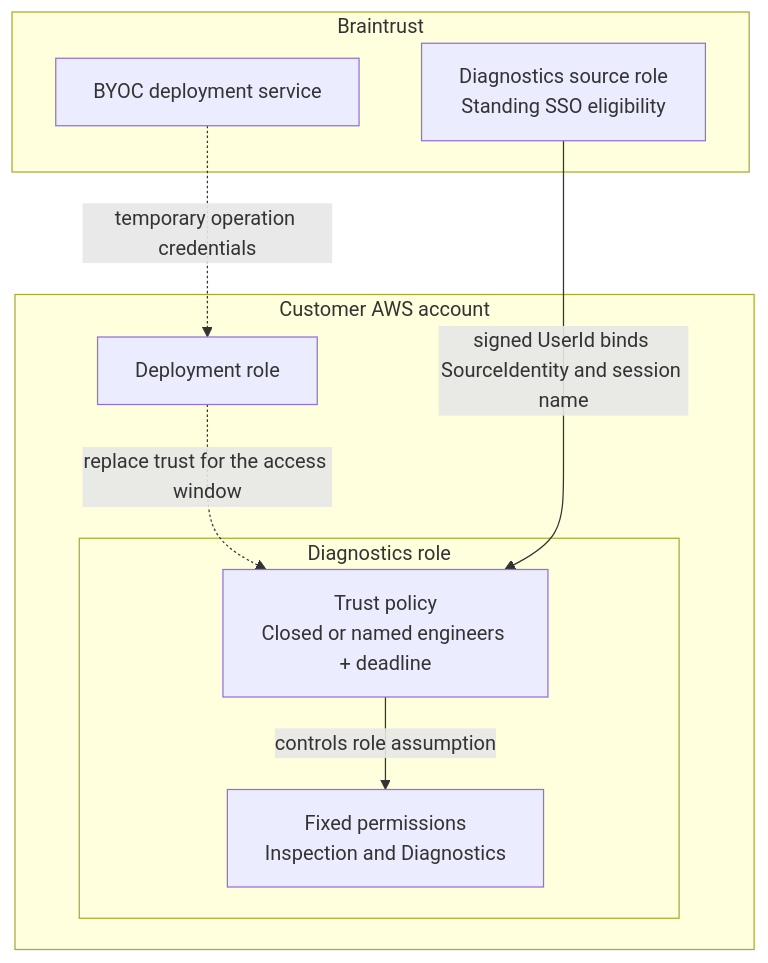
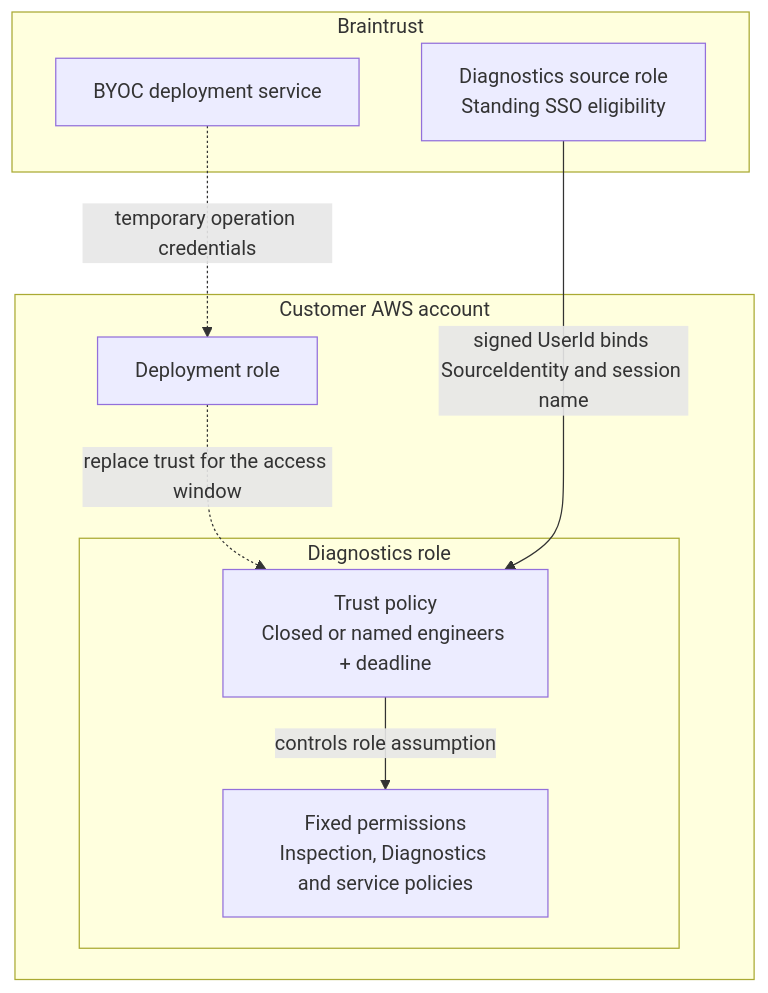
The diagram in managed-byoc-v2/diagnostics.md (braintrustdata/terraform-aws-braintrust-data-plane), drawn with Mermaid before and after one commit. The commit also changed other lines of this file and 7 other files, not shown here.

````diff
--- a/managed-byoc-v2/diagnostics.md
+++ b/managed-byoc-v2/diagnostics.md
@@ -37,18 +37,18 @@
 ```mermaid
 flowchart TB
     subgraph BT[Braintrust]
         S["Diagnostics source role<br/>Standing SSO eligibility"]
         B[BYOC deployment service]
     end
     subgraph CUSTOMER[Customer AWS account]
         D[Deployment role]
         subgraph G[Diagnostics role]
             T["Trust policy<br/>Closed or named engineers + deadline"]
-            P["Fixed permissions<br/>Inspection and Diagnostics"]
+            P["Fixed permissions<br/>Inspection, Diagnostics and service policies"]
             T -->|controls role assumption| P
         end
     end
     B -.->|temporary operation credentials| D
     D -.->|replace trust for the access window| T
     S -->|signed UserId binds SourceIdentity and session name| T
 ```
````
